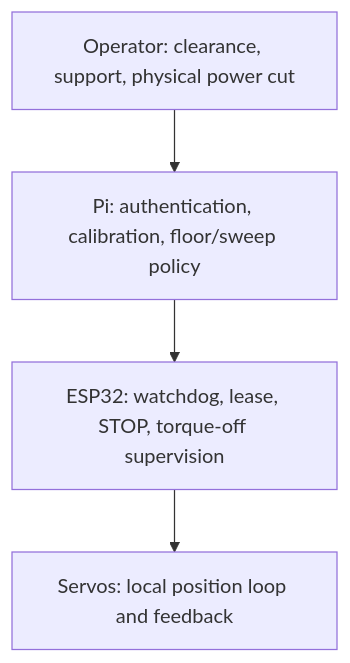
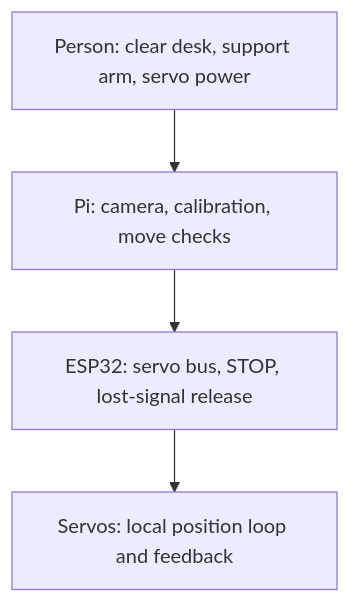
One commit to over-TT/co-arm changed the diagram in docs/CONTROL_AND_SAFETY.md. Above: the diagram before and after it, drawn with Mermaid. The commit also changed other lines of this file and 204 other files, not shown here.

````diff
--- a/docs/CONTROL_AND_SAFETY.md
+++ b/docs/CONTROL_AND_SAFETY.md
@@ -11,6 +10,6 @@
 ```mermaid
 flowchart TD
-    O["Operator: clearance, support, physical power cut"] --> P["Pi: authentication, calibration, floor/sweep policy"]
-    P --> E["ESP32: watchdog, lease, STOP, torque-off supervision"]
+    O["Person: clear desk, support arm, servo power"] --> P["Pi: camera, calibration, move checks"]
+    P --> E["ESP32: servo bus, STOP, lost-signal release"]
     E --> S["Servos: local position loop and feedback"]
 ```
````
